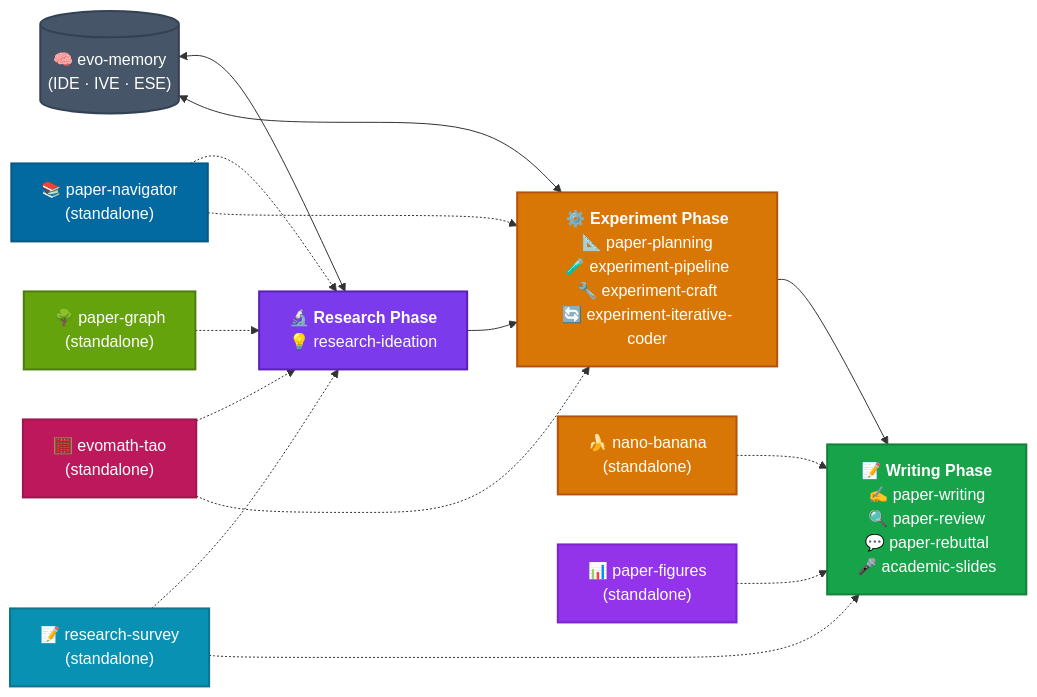
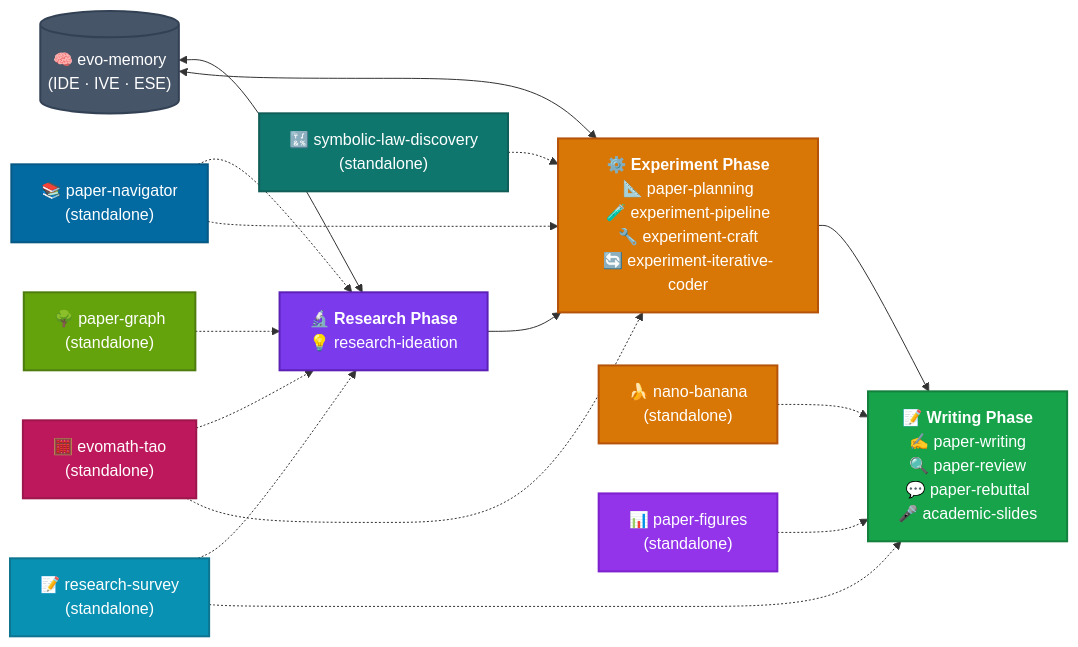
One commit to EvoScientist/EvoSkills changed the diagram in README.md. Above: the diagram before and after it, drawn with Mermaid. The commit also changed other lines of this file and 8 other files, not shown here.

Commit message:
feat(symbolic-law-discovery): add skill

````diff
--- a/README.md
+++ b/README.md
@@ -88,29 +89,31 @@
 ```mermaid
 flowchart LR
     A["<b>🔬 Research Phase</b><br/>💡 research-ideation"]
     --> B["<b>⚙️ Experiment Phase</b><br/>📐 paper-planning<br/>🧪 experiment-pipeline<br/>🔧 experiment-craft<br/>🔄 experiment-iterative-coder"]
     --> C["<b>📝 Writing Phase</b><br/>✍️ paper-writing<br/>🔍 paper-review<br/>💬 paper-rebuttal<br/>🎤 academic-slides"]
 
     D[("🧠 evo-memory<br/>(IDE · IVE · ESE)")] <--> A
     D <--> B
     E["📚 paper-navigator<br/>(standalone)"] -.-> A
     E -.-> B
     F["🍌 nano-banana<br/>(standalone)"] -.-> C
     G["🧮 evomath-tao<br/>(standalone)"] -.-> A
     G -.-> B
     H["📝 research-survey<br/>(standalone)"] -.-> A
     H -.-> C
     I["🌳 paper-graph<br/>(standalone)"] -.-> A
     J["📊 paper-figures<br/>(standalone)"] -.-> C
+    K["🔣 symbolic-law-discovery<br/>(standalone)"] -.-> B
 
     style A fill:#7C3AED,stroke:#5B21B6,stroke-width:2px,color:#fff
     style B fill:#D97706,stroke:#B45309,stroke-width:2px,color:#fff
     style C fill:#16A34A,stroke:#15803D,stroke-width:2px,color:#fff
     style D fill:#475569,stroke:#334155,stroke-width:2px,color:#fff
     style E fill:#0369A1,stroke:#075985,stroke-width:2px,color:#fff
     style F fill:#D97706,stroke:#B45309,stroke-width:2px,color:#fff
     style G fill:#BE185D,stroke:#9D174D,stroke-width:2px,color:#fff
     style H fill:#0891B2,stroke:#0E7490,stroke-width:2px,color:#fff
     style I fill:#65A30D,stroke:#4D7C0F,stroke-width:2px,color:#fff
     style J fill:#9333EA,stroke:#7E22CE,stroke-width:2px,color:#fff
+    style K fill:#0F766E,stroke:#115E59,stroke-width:2px,color:#fff
 ```
````
